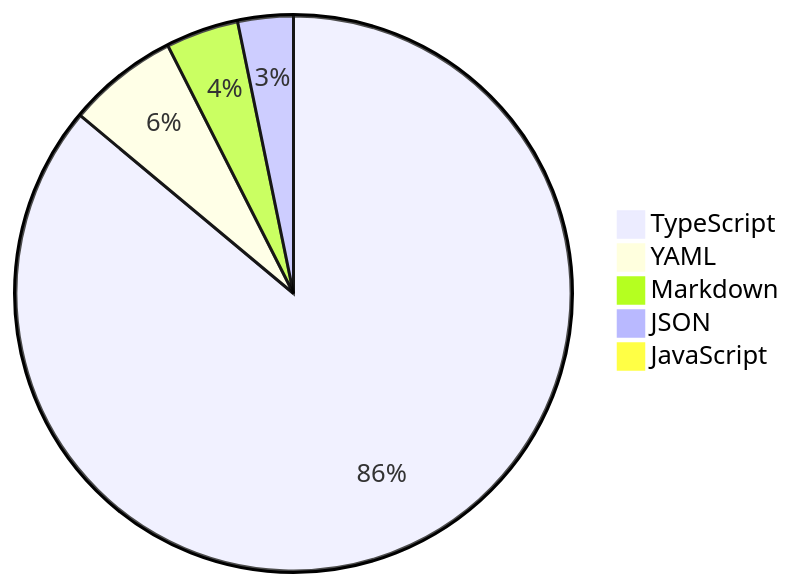
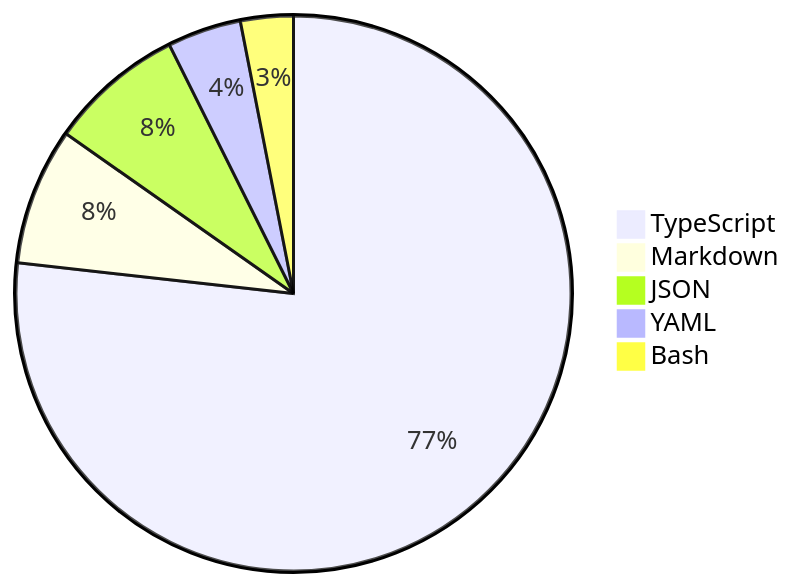
Before and after one commit to skvggor/skvggor: the diagram in README.md, drawn with Mermaid.

Commit message:
Updated waka-readme graph with new metrics

````diff
--- a/README.md
+++ b/README.md
@@ -39,8 +39,8 @@
 ```mermaid
 pie
-    "TypeScript" : 85.3
-    "YAML" : 6.4
-    "Markdown" : 4.2
-    "JSON" : 3.2
-    "JavaScript" : 0.4
+    "TypeScript" : 75.0
+    "Markdown" : 7.8
+    "JSON" : 7.7
+    "YAML" : 4.2
+    "Bash" : 3.0
 ```
````
